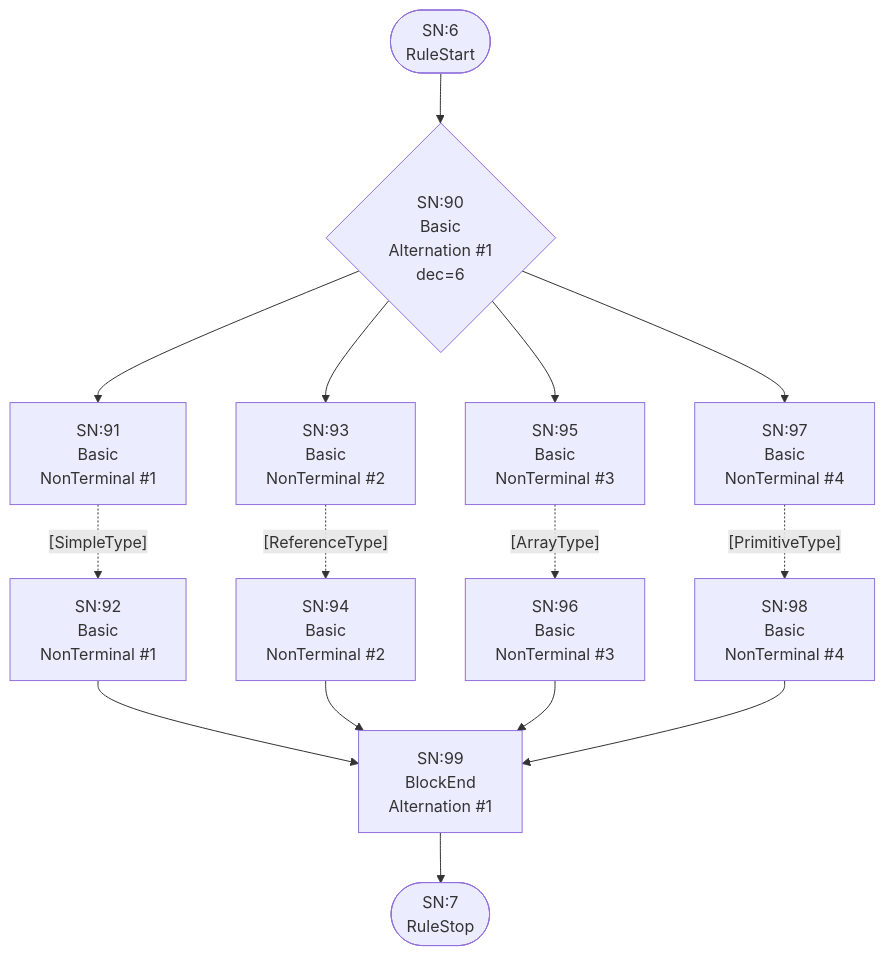
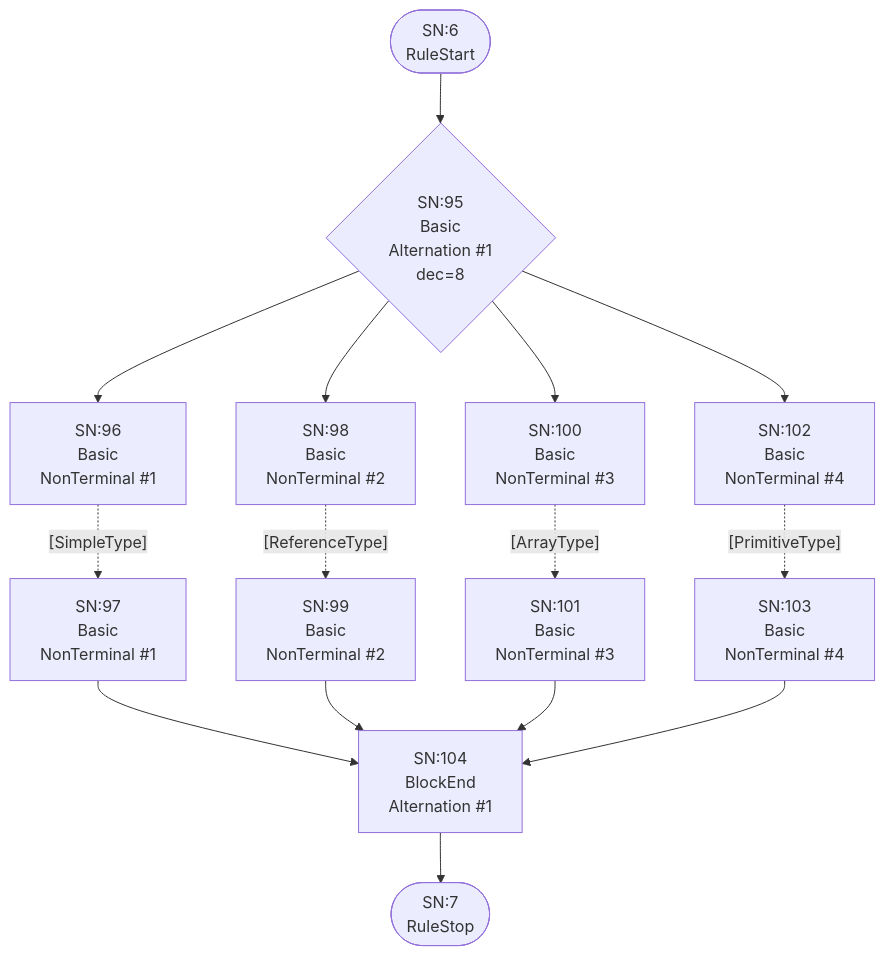
The fourth of 25 diagrams in internal/grammar/atn.md (TypeFox/fastbelt), drawn with Mermaid before and after one commit. The commit also changed other lines of this file and 13 other files, not shown here.

````diff
--- a/internal/grammar/atn.md
+++ b/internal/grammar/atn.md
@@ -121,30 +132,30 @@
 ```mermaid
 flowchart TD
     q6(["SN:6<br/>RuleStart"])
     q7(["SN:7<br/>RuleStop"])
-    q90{"SN:90<br/>Basic<br/>Alternation #1<br/>dec=6"}
-    q91["SN:91<br/>Basic<br/>NonTerminal #1"]
-    q92["SN:92<br/>Basic<br/>NonTerminal #1"]
-    q93["SN:93<br/>Basic<br/>NonTerminal #2"]
-    q94["SN:94<br/>Basic<br/>NonTerminal #2"]
-    q95["SN:95<br/>Basic<br/>NonTerminal #3"]
-    q96["SN:96<br/>Basic<br/>NonTerminal #3"]
-    q97["SN:97<br/>Basic<br/>NonTerminal #4"]
-    q98["SN:98<br/>Basic<br/>NonTerminal #4"]
-    q99["SN:99<br/>BlockEnd<br/>Alternation #1"]
+    q95{"SN:95<br/>Basic<br/>Alternation #1<br/>dec=8"}
+    q96["SN:96<br/>Basic<br/>NonTerminal #1"]
+    q97["SN:97<br/>Basic<br/>NonTerminal #1"]
+    q98["SN:98<br/>Basic<br/>NonTerminal #2"]
+    q99["SN:99<br/>Basic<br/>NonTerminal #2"]
+    q100["SN:100<br/>Basic<br/>NonTerminal #3"]
+    q101["SN:101<br/>Basic<br/>NonTerminal #3"]
+    q102["SN:102<br/>Basic<br/>NonTerminal #4"]
+    q103["SN:103<br/>Basic<br/>NonTerminal #4"]
+    q104["SN:104<br/>BlockEnd<br/>Alternation #1"]
 
-    q6 --> q90
-    q90 --> q91
-    q90 --> q93
-    q90 --> q95
-    q90 --> q97
-    q91 -.->|"[SimpleType]"| q92
-    q92 --> q99
-    q93 -.->|"[ReferenceType]"| q94
-    q94 --> q99
-    q95 -.->|"[ArrayType]"| q96
-    q96 --> q99
-    q97 -.->|"[PrimitiveType]"| q98
-    q98 --> q99
-    q99 --> q7
+    q6 --> q95
+    q95 --> q96
+    q95 --> q98
+    q95 --> q100
+    q95 --> q102
+    q96 -.->|"[SimpleType]"| q97
+    q97 --> q104
+    q98 -.->|"[ReferenceType]"| q99
+    q99 --> q104
+    q100 -.->|"[ArrayType]"| q101
+    q101 --> q104
+    q102 -.->|"[PrimitiveType]"| q103
+    q103 --> q104
+    q104 --> q7
 ```
````
